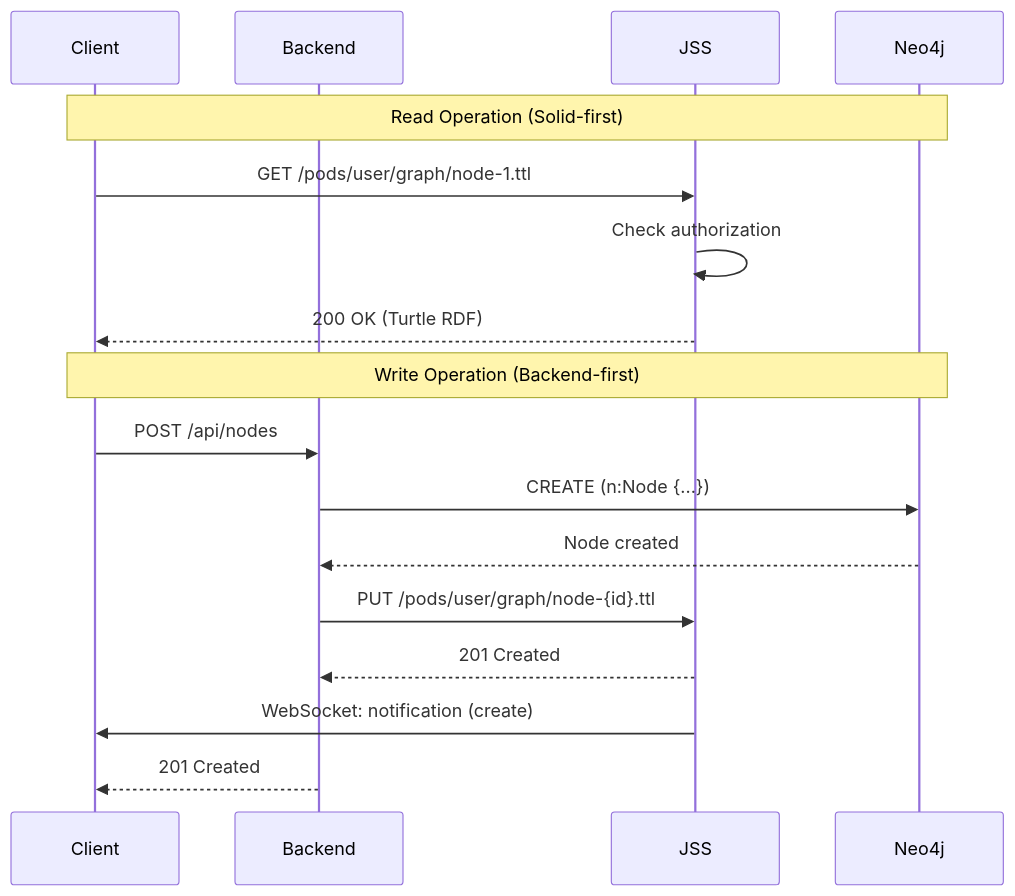
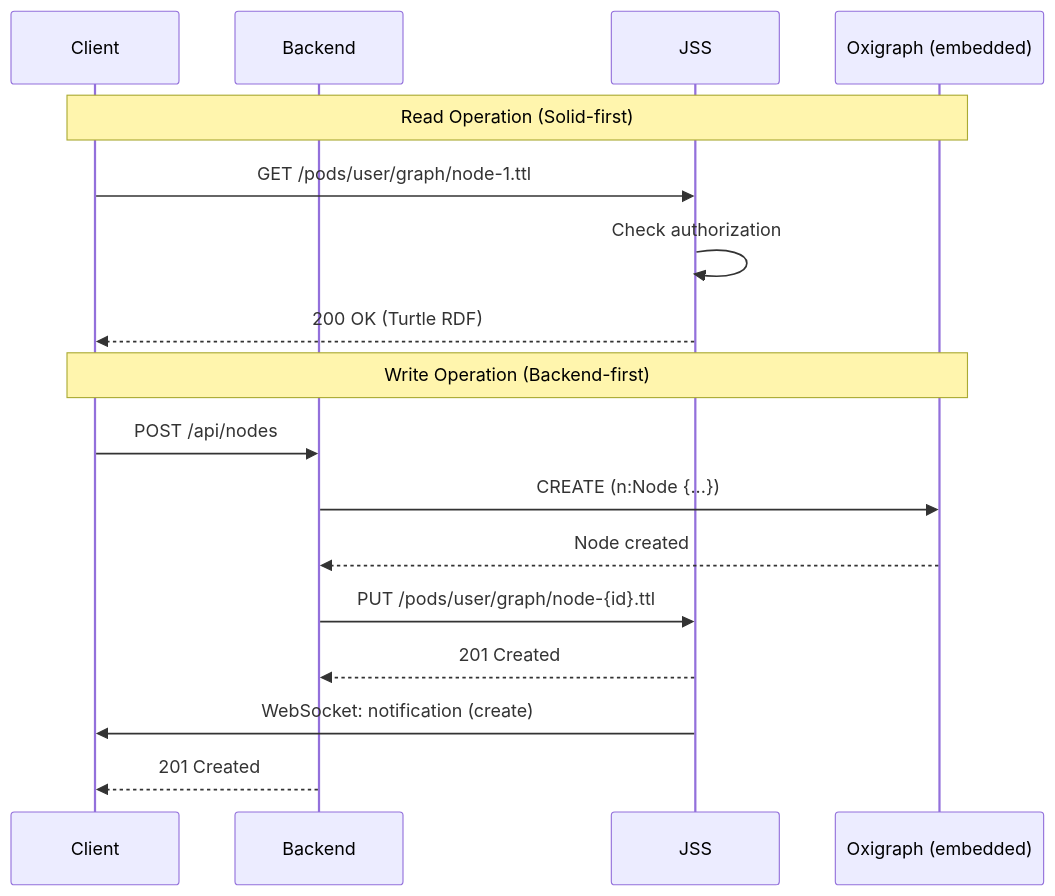
The second of 5 diagrams in docs/explanation/solid-sidecar-architecture.md (shaneholloman/logseq-spring-thing), drawn with Mermaid before and after one commit. The commit also changed other lines of this file and 58 other files, not shown here.

First line of the commit message:
docs: Neo4j→Oxigraph + webxr→visionclaw alignment, physics controls, health probes

````diff
--- a/docs/explanation/solid-sidecar-architecture.md
+++ b/docs/explanation/solid-sidecar-architecture.md
@@ -169,21 +176,21 @@
 ```mermaid
 sequenceDiagram
     participant C as Client
     participant B as Backend
     participant J as JSS
-    participant N as Neo4j
+    participant N as Oxigraph (embedded)
 
     Note over C,N: Read Operation (Solid-first)
     C->>J: GET /pods/user/graph/node-1.ttl
     J->>J: Check authorization
     J-->>C: 200 OK (Turtle RDF)
 
     Note over C,N: Write Operation (Backend-first)
     C->>B: POST /api/nodes
     B->>N: CREATE (n:Node {...})
     N-->>B: Node created
     B->>J: PUT /pods/user/graph/node-{id}.ttl
     J-->>B: 201 Created
     J->>C: WebSocket: notification (create)
     B-->>C: 201 Created
 ```
````
